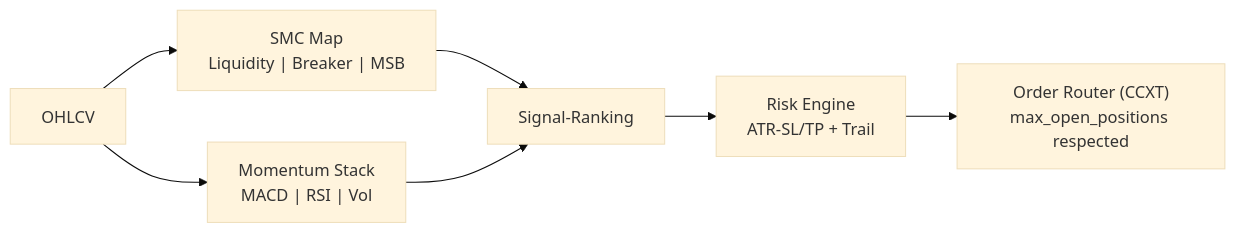
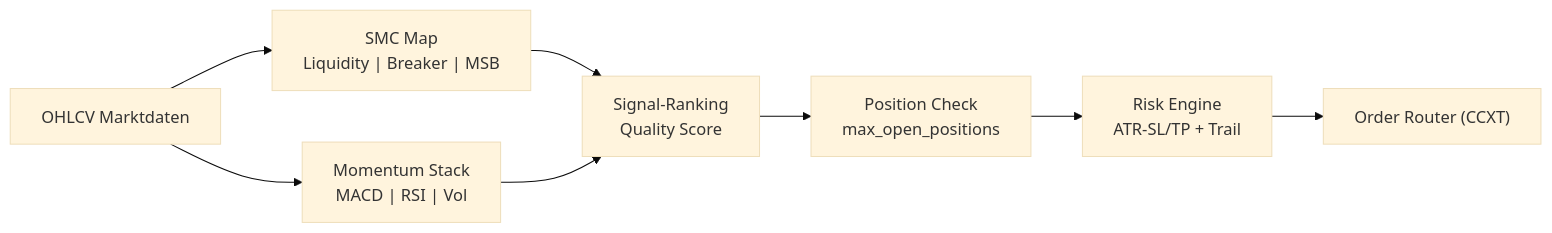
One commit to Youra82/titanbot changed the diagram in README.md. Above: the diagram before and after it, drawn with Mermaid (base theme). The commit also changed other lines of this file and 1 other file, not shown here.

````diff
--- a/README.md
+++ b/README.md
@@ -30,13 +32,14 @@
 ```mermaid
 flowchart LR
-    A["OHLCV"]
+    A["OHLCV Marktdaten"]
     B["SMC Map<br/>Liquidity | Breaker | MSB"]
     C["Momentum Stack<br/>MACD | RSI | Vol"]
-    D["Signal-Ranking"]
-    E["Risk Engine<br/>ATR-SL/TP + Trail"]
-    F["Order Router (CCXT)<br/>max_open_positions respected"]
+    D["Signal-Ranking<br/>Quality Score"]
+    E["Position Check<br/>max_open_positions"]
+    F["Risk Engine<br/>ATR-SL/TP + Trail"]
+    G["Order Router (CCXT)"]
 
     A --> B
     A --> C
-    B & C --> D --> E --> F
+    B & C --> D --> E --> F --> G
 ```
````
